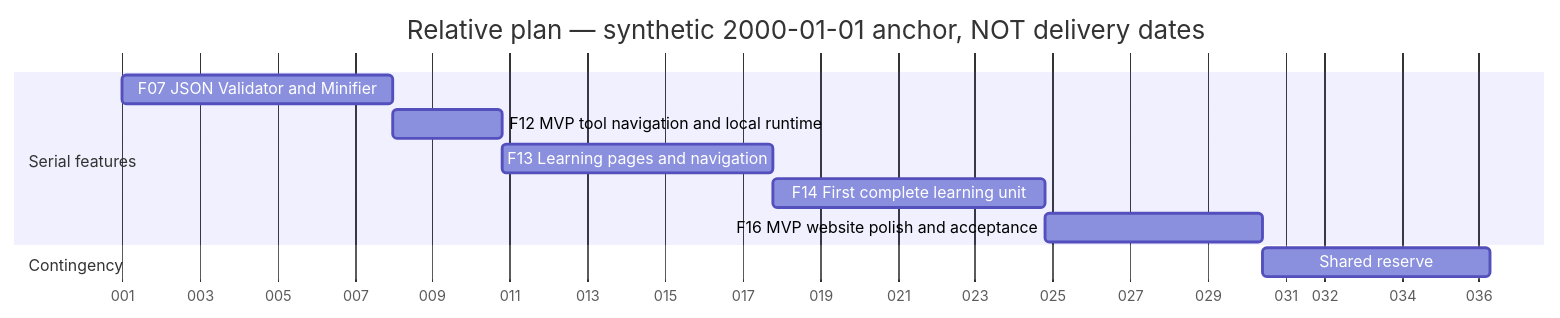
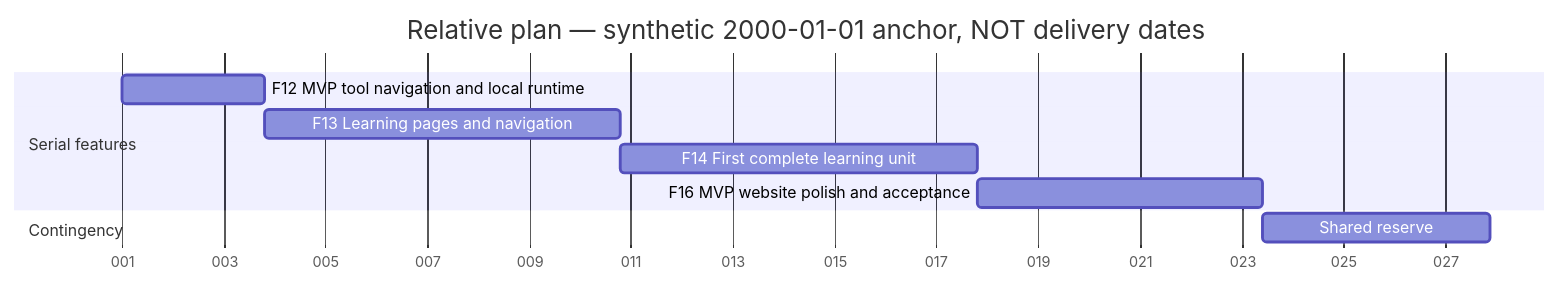
Before and after one commit to ziuld/beneath-the-code-page: the diagram in docs/planning/gantt.mmd, drawn with Mermaid. The commit also changed 14 other files, not shown here.

```diff
--- a/docs/planning/gantt.mmd
+++ b/docs/planning/gantt.mmd
@@ -1,12 +1,11 @@
 gantt
     title Relative plan — synthetic 2000-01-01 anchor, NOT delivery dates
     dateFormat YYYY-MM-DDTHH:mm
     axisFormat %j
     section Serial features
-    F07 JSON Validator and Minifier :F07, 2000-01-01T00:00, 2000-01-08T00:00
-    F12 MVP tool navigation and local runtime :F12, 2000-01-08T00:00, 2000-01-10T19:12
-    F13 Learning pages and navigation :F13, 2000-01-10T19:12, 2000-01-17T19:12
-    F14 First complete learning unit :F14, 2000-01-17T19:12, 2000-01-24T19:12
-    F16 MVP website polish and acceptance :F16, 2000-01-24T19:12, 2000-01-30T09:36
+    F12 MVP tool navigation and local runtime :F12, 2000-01-01T00:00, 2000-01-03T19:12
+    F13 Learning pages and navigation :F13, 2000-01-03T19:12, 2000-01-10T19:12
+    F14 First complete learning unit :F14, 2000-01-10T19:12, 2000-01-17T19:12
+    F16 MVP website polish and acceptance :F16, 2000-01-17T19:12, 2000-01-23T09:36
     section Contingency
-    Shared reserve :reserve, 2000-01-30T09:36, 2000-02-05T06:43
+    Shared reserve :reserve, 2000-01-23T09:36, 2000-01-27T21:07
```
